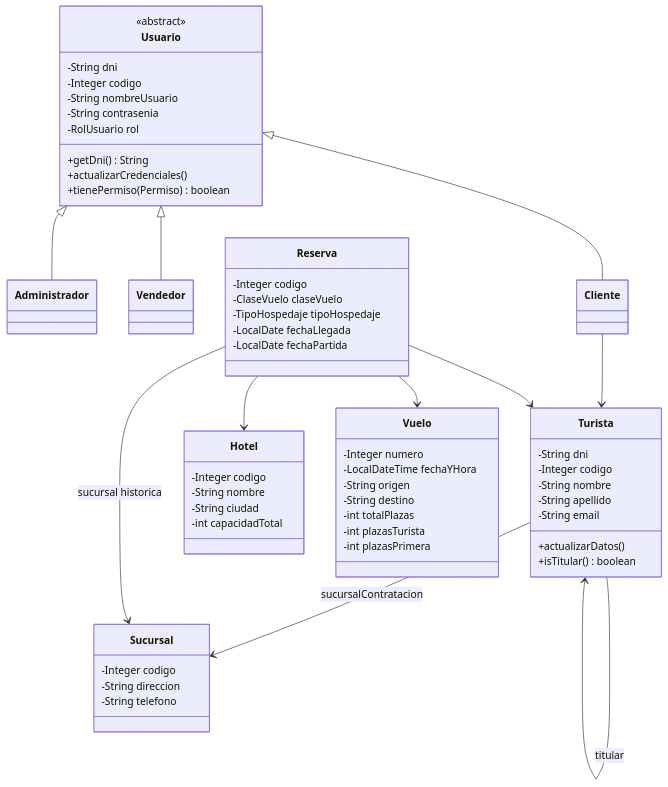
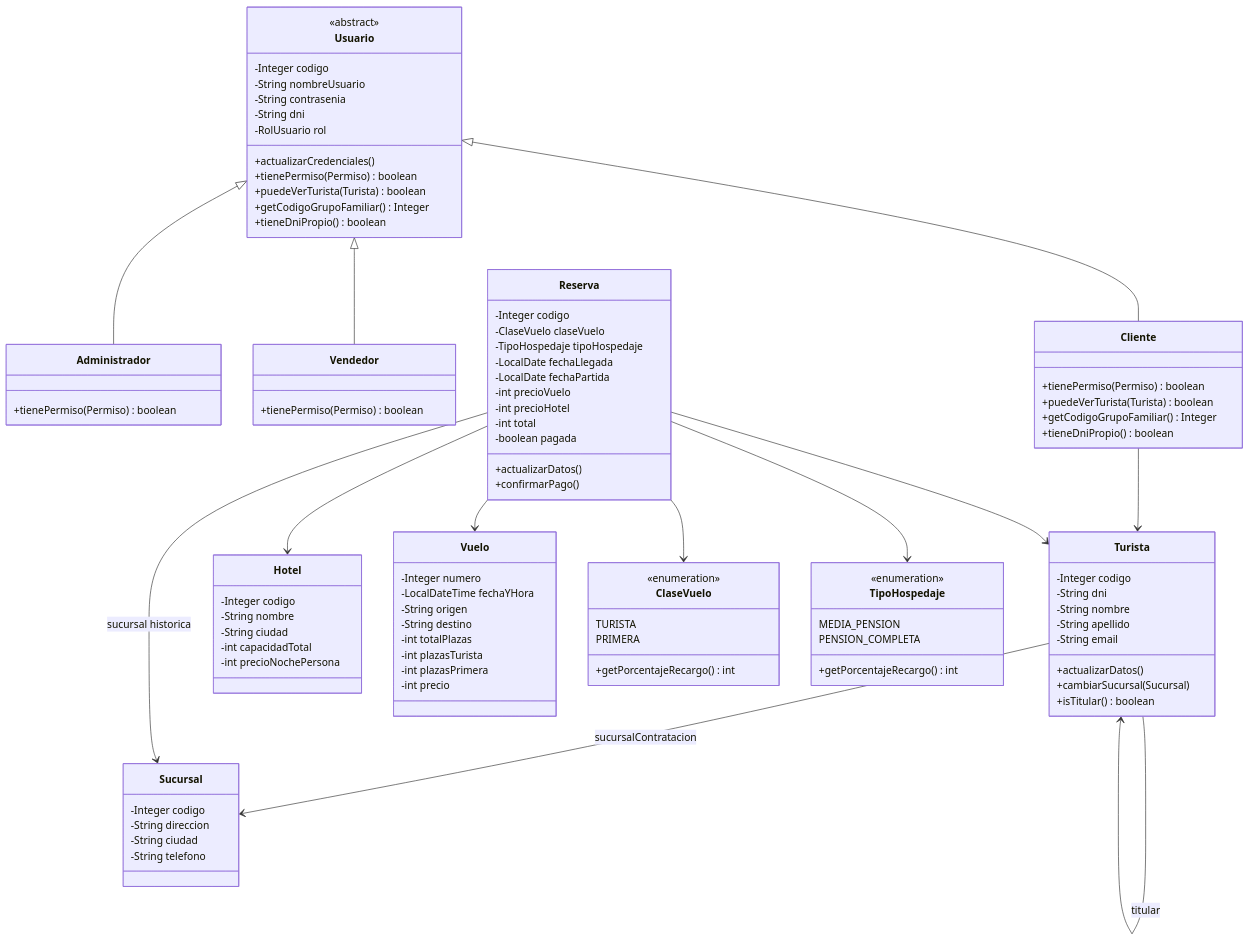
One commit to migmik/TPPrograII changed the second of 5 diagrams in docs/uml-tijetravel.md. Above: the diagram before and after it, drawn with Mermaid. The commit also changed other lines of this file and 3 other files, not shown here.

First line of the commit message:
docs: agrega el DER y actualiza el UML y el README

````diff
--- a/docs/uml-tijetravel.md
+++ b/docs/uml-tijetravel.md
@@ -38,31 +38,44 @@
 ```mermaid
 classDiagram
     class Usuario {
-        -String dni
-        +getDni() String
         <<abstract>>
         -Integer codigo
         -String nombreUsuario
         -String contrasenia
+        -String dni
         -RolUsuario rol
         +actualizarCredenciales()
         +tienePermiso(Permiso) boolean
+        +puedeVerTurista(Turista) boolean
+        +getCodigoGrupoFamiliar() Integer
+        +tieneDniPropio() boolean
     }
-    class Administrador
-    class Vendedor
-    class Cliente
+    class Administrador {
+        +tienePermiso(Permiso) boolean
+    }
+    class Vendedor {
+        +tienePermiso(Permiso) boolean
+    }
+    class Cliente {
+        +tienePermiso(Permiso) boolean
+        +puedeVerTurista(Turista) boolean
+        +getCodigoGrupoFamiliar() Integer
+        +tieneDniPropio() boolean
+    }
     class Turista {
+        -Integer codigo
         -String dni
-        -Integer codigo
         -String nombre
         -String apellido
         -String email
         +actualizarDatos()
+        +cambiarSucursal(Sucursal)
         +isTitular() boolean
     }
     class Sucursal {
         -Integer codigo
         -String direccion
+        -String ciudad
         -String telefono
     }
     class Hotel {
@@ -70,6 +83,7 @@
         -String nombre
         -String ciudad
         -int capacidadTotal
+        -int precioNochePersona
     }
     class Vuelo {
         -Integer numero
@@ -79,6 +93,7 @@
         -int totalPlazas
         -int plazasTurista
         -int plazasPrimera
+        -int precio
     }
     class Reserva {
         -Integer codigo
@@ -86,6 +101,24 @@
         -TipoHospedaje tipoHospedaje
         -LocalDate fechaLlegada
         -LocalDate fechaPartida
+        -int precioVuelo
+        -int precioHotel
+        -int total
+        -boolean pagada
+        +actualizarDatos()
+        +confirmarPago()
+    }
+    class ClaseVuelo {
+        <<enumeration>>
+        TURISTA
+        PRIMERA
+        +getPorcentajeRecargo() int
+    }
+    class TipoHospedaje {
+        <<enumeration>>
+        MEDIA_PENSION
+        PENSION_COMPLETA
+        +getPorcentajeRecargo() int
     }
 
     Usuario <|-- Administrador
@@ -98,4 +131,6 @@
     Reserva --> Sucursal : sucursal historica
     Reserva --> Vuelo
     Reserva --> Hotel
+    Reserva --> ClaseVuelo
+    Reserva --> TipoHospedaje
 ```
````
